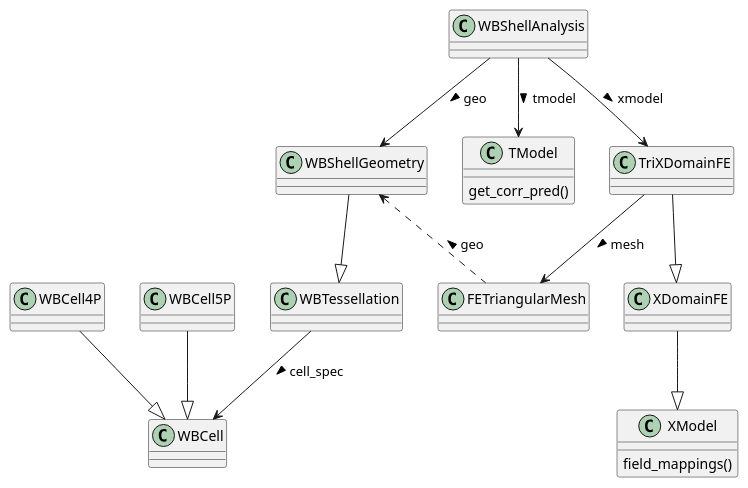
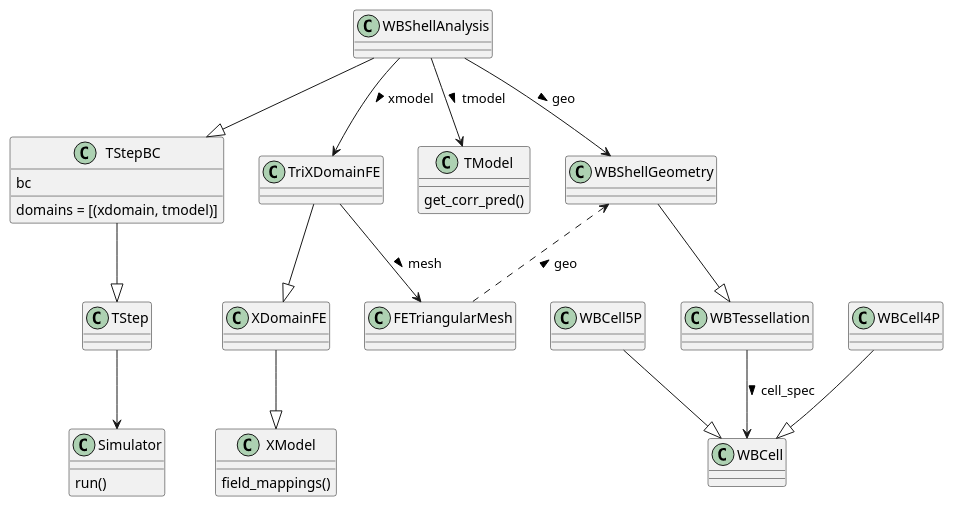
Before and after one commit to bmcs-group/bmcs_shell: the diagram in bmcs_shell/folding/class_diagram.puml, drawn with PlantUML. The commit also changed 7 other files, not shown here.

```diff
--- a/bmcs_shell/folding/class_diagram.puml
+++ b/bmcs_shell/folding/class_diagram.puml
@@ -1,54 +1,72 @@
 @startuml
 'https://plantuml.com/class-diagram
+
+class Simulator {
+ run()
+}
+
+TStep --> Simulator
+
+class TStep {
+}
+
+TStepBC --|> TStep
+
+class TStepBC {
+    domains = [(xdomain, tmodel)]
+    bc
+}
+
+WBShellAnalysis --|> TStepBC
 
 class WBCell {
 }
 
 class WBCell4P{
 }
 
 class WBCell5P{
 }
 
 WBCell4P --|> WBCell
 
 WBCell5P --|> WBCell
 
 class WBTessellation {
 
 }
 
 WBTessellation --> WBCell: cell_spec >
 
 class FETriangularMesh{
 }
 
 class WBShellGeometry{
 }
 
 WBShellGeometry --|> WBTessellation
 
 WBShellGeometry <.. FETriangularMesh : geo <
 
 
-class TModel{
+class TModel {
     get_corr_pred()
 }
 
 class XModel{
     field_mappings()
 }
 
 class TriXDomainFE{
 }
 
 XDomainFE --|> XModel
 TriXDomainFE --|> XDomainFE
 
 TriXDomainFE --> FETriangularMesh : mesh >
 
 WBShellAnalysis --> WBShellGeometry : geo >
 WBShellAnalysis --> TModel : tmodel >
 WBShellAnalysis --> TriXDomainFE : xmodel >
 
 @enduml
```
